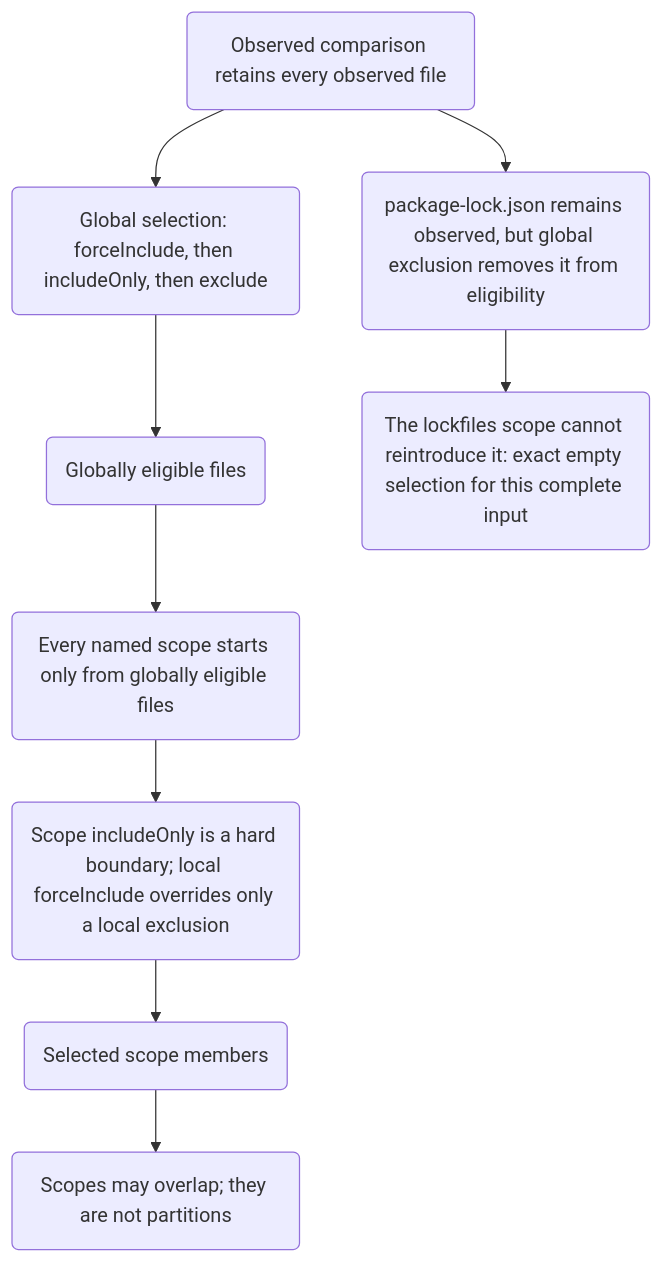
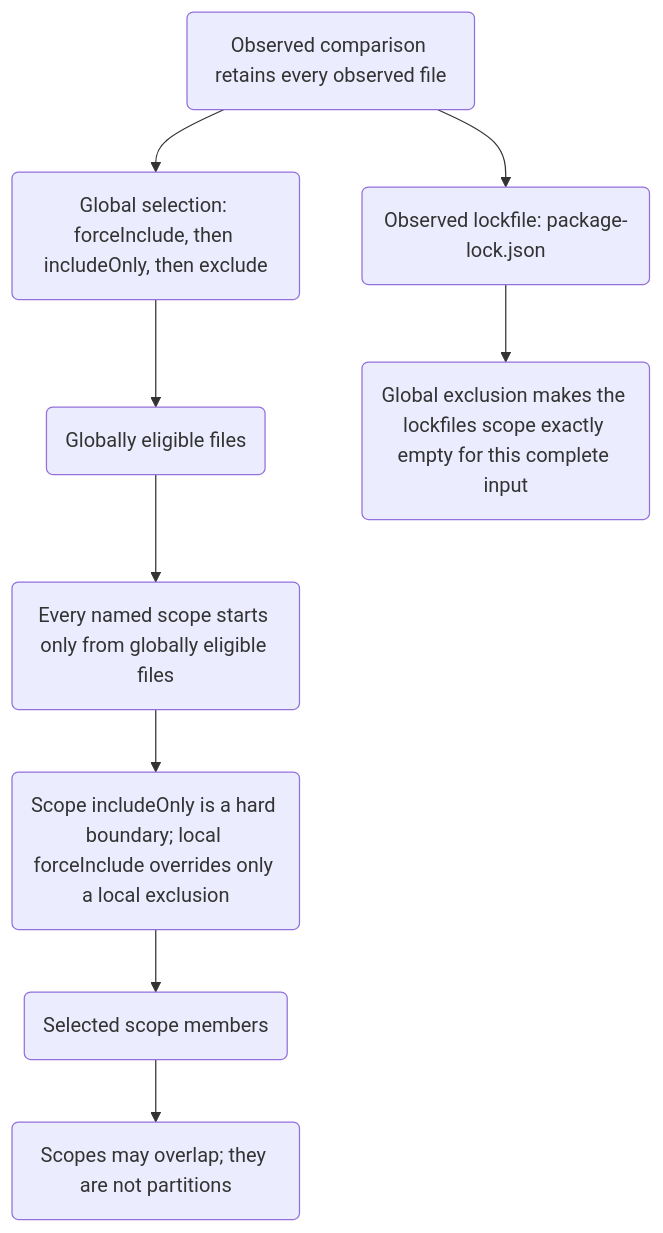
One commit to Wolfsblvt/diffdevil changed the diagram in docs/manual/assets/visuals/selection-boundaries.mmd. Above: the diagram before and after it, drawn with Mermaid. The commit also changed 1 other file, not shown here.

Commit message:
docs: keep the lockfile label intact
Shorten the selection diagram's exception branch so the concrete lockfile name remains readable instead of wrapping mid-token. The relationship and exact-empty conclusion are unchanged.

Co-authored-via: Nyxara | ChatGPT Web | GPT-5.6 Sol Pro | Pro

```diff
--- a/docs/manual/assets/visuals/selection-boundaries.mmd
+++ b/docs/manual/assets/visuals/selection-boundaries.mmd
@@ -1,24 +1,24 @@
 flowchart TB
     accTitle: Global and scoped file selection have different boundaries
     accDescr: The observed comparison retains every observed file. Global forceInclude, includeOnly, and exclude determine the globally eligible population. Each named scope begins only from that population, applies a hard includeOnly boundary, and may use local forceInclude only against local exclusions. A globally excluded lockfile remains observed but cannot be reintroduced by its scope.
 
     observed("Observed comparison retains every observed file"):::focus
     global("Global selection: forceInclude, then includeOnly, then exclude")
     eligible("Globally eligible files"):::ok
     scope("Every named scope starts only from globally eligible files")
     boundary("Scope includeOnly is a hard boundary; local forceInclude overrides only a local exclusion")
     selected("Selected scope members"):::ok
     overlap("Scopes may overlap; they are not partitions")
 
-    lockfile("package-lock.json remains observed, but global exclusion removes it from eligibility"):::bad
-    empty("The lockfiles scope cannot reintroduce it: exact empty selection for this complete input"):::bad
+    lockfile("Observed lockfile: package-lock.json"):::bad
+    empty("Global exclusion makes the lockfiles scope exactly empty for this complete input"):::bad
 
     observed --> global
     global --> eligible
     eligible --> scope
     scope --> boundary
     boundary --> selected
     selected --> overlap
 
     observed --> lockfile
     lockfile --> empty
```
